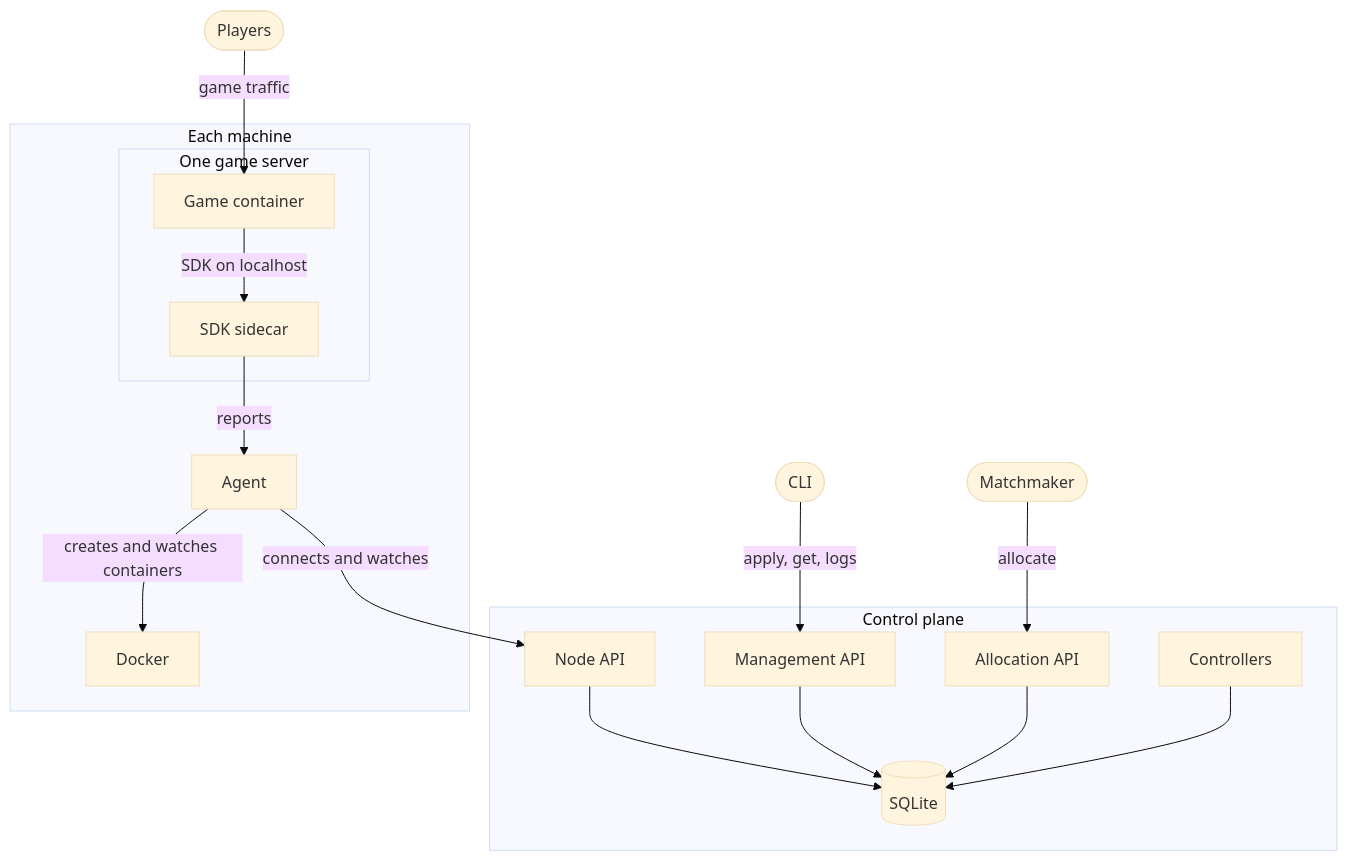
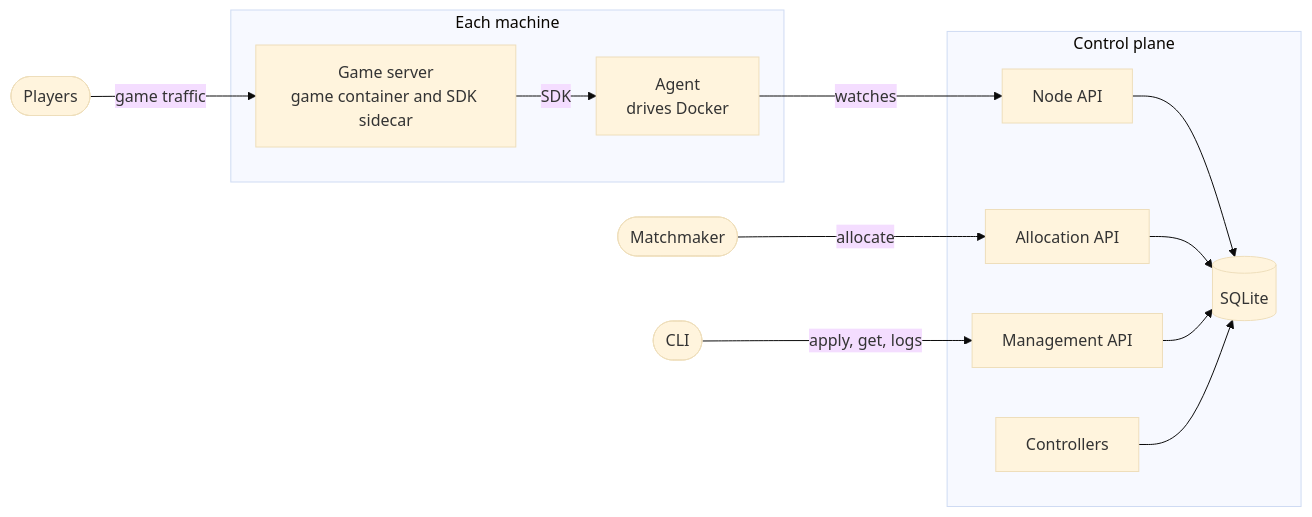
Before and after one commit to ponyo877/agones-lite: the diagram in README.md, drawn with Mermaid (base theme).

Commit message:
docs: the diagram is five steps wide, and fits the page
From top to bottom it could be read, and was three screens tall. A game
server is one box now, with its container and its sidecar named in it,
and the diagram goes from left to right again.

````diff
--- a/README.md
+++ b/README.md
@@ -99,32 +99,26 @@
 ```mermaid
-flowchart TB
+flowchart LR
   players(["Players"])
+  mm(["Matchmaker"])
   cli(["CLI"])
-  mm(["Matchmaker"])
 
   subgraph node["Each machine"]
-    subgraph gs["One game server"]
-      game["Game container"]
-      sidecar["SDK sidecar"]
-    end
-    agent["Agent"]
-    docker["Docker"]
+    gs["Game server<br/>game container and SDK sidecar"]
+    agent["Agent<br/>drives Docker"]
   end
 
   subgraph cp["Control plane"]
     nodeapi["Node API"]
+    alloc["Allocation API"]
     api["Management API"]
-    alloc["Allocation API"]
     ctrl["Controllers"]
     store[("SQLite")]
   end
 
-  players -- game traffic --> game
-  game -- SDK on localhost --> sidecar
-  sidecar -- reports --> agent
-  agent -- creates and watches containers --> docker
-  agent -- connects and watches --> nodeapi
+  players -- game traffic --> gs
+  gs -- SDK --> agent
+  agent -- watches --> nodeapi
+  mm -- allocate --> alloc
   cli -- apply, get, logs --> api
-  mm -- allocate --> alloc
-  nodeapi & api & alloc & ctrl --> store
+  nodeapi & alloc & api & ctrl --> store
 ```
````
